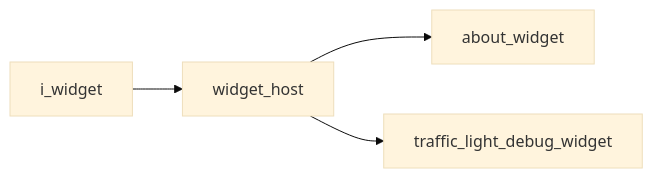
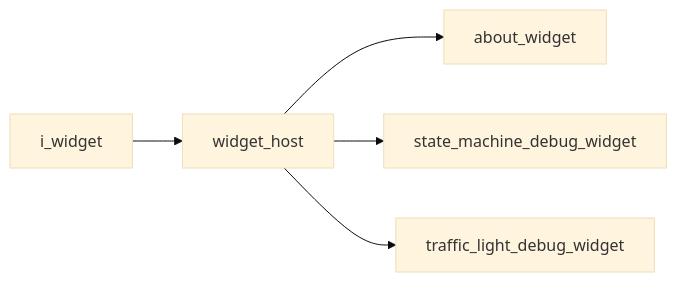
One commit to kasper-szczerba/acs_wiki changed the second of 2 diagrams in docs/codebase/namespaces/gui/interfaces/i_widget.md. Above: the diagram before and after it, drawn with Mermaid (base theme). The commit also changed other lines of this file and 34 other files, not shown here.

````diff
--- a/docs/codebase/namespaces/gui/interfaces/i_widget.md
+++ b/docs/codebase/namespaces/gui/interfaces/i_widget.md
@@ -23,7 +23,8 @@
 ```mermaid
 graph LR
     i_widget["i_widget"]
     i_widget["i_widget"] --> widget_host["widget_host"]
     widget_host["widget_host"] --> about_widget["about_widget"]
+    widget_host["widget_host"] --> state_machine_debug_widget["state_machine_debug_widget"]
     widget_host["widget_host"] --> traffic_light_debug_widget["traffic_light_debug_widget"]
 ```
````
